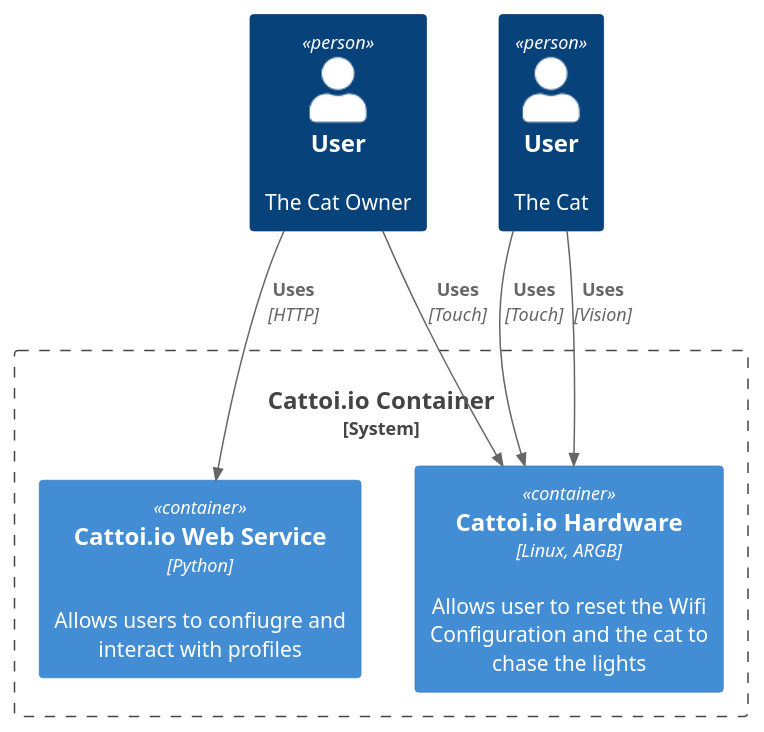
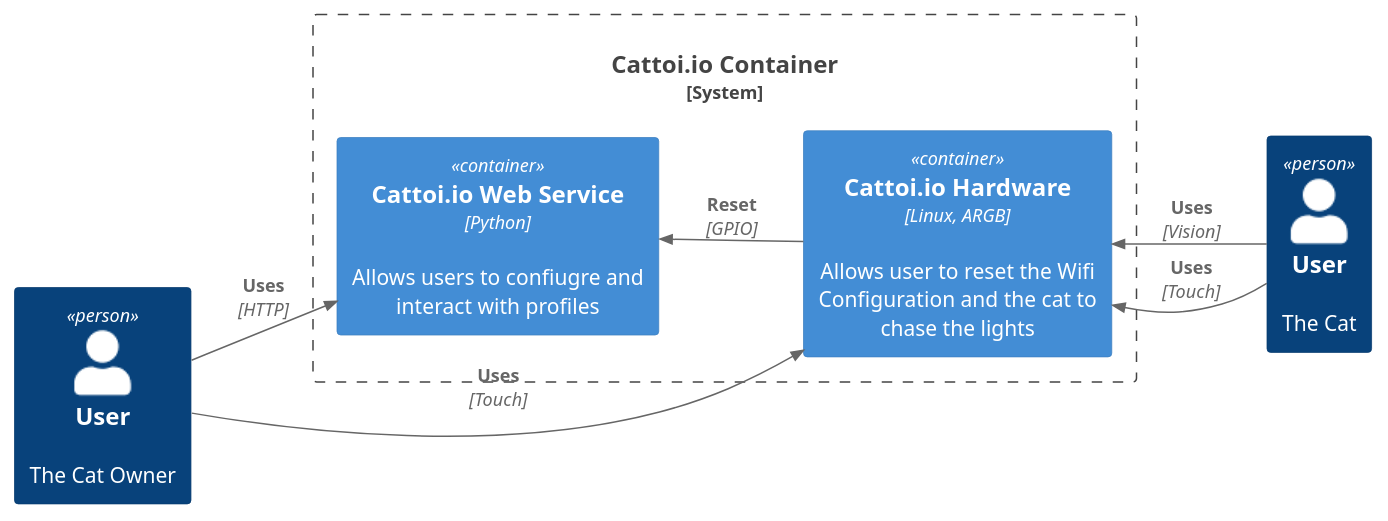
One commit to powellkjr/cattoi.io changed the diagram in L2_cattoi.io.puml. Above: the diagram before and after it, drawn with PlantUML.

Commit message:
Update L2_cattoi.io.puml
fixed layout

```diff
--- a/L2_cattoi.io.puml
+++ b/L2_cattoi.io.puml
@@ -1,17 +1,21 @@
 @startuml L2_cattoiio
 !include https://raw.githubusercontent.com/plantuml-stdlib/C4-PlantUML/master/C4_Container.puml
 
+LAYOUT_LANDSCAPE()
+
 Person(humanAlias, "User", "The Cat Owner")
-Person(catAlias, "User", "The Cat")
 
 System_Boundary(lv2_cattoiioAlias, "Cattoi.io Container", $link="https://github.com/plantuml-stdlib/C4-PlantUML") {
     Container(cattoiio_webservice, "Cattoi.io Web Service", "Python", $descr="Allows users to confiugre and interact with profiles", $link="https://github.com/plantuml-stdlib/C4-PlantUML/blob/master/LayoutOptions.md")
     Container(cattoiio_hardware, "Cattoi.io Hardware", "Linux, ARGB", $descr="Allows user to reset the Wifi Configuration and the cat to chase the lights", $link="https://raw.githubusercontent.com/powellkjr/cattoi.io/main/circutDesign_bb.png")
 }
 
+Person(catAlias, "User", "The Cat")
+
 Rel(humanAlias,cattoiio_webservice, "Uses" , "HTTP")
 Rel(humanAlias,cattoiio_hardware, "Uses" , "Touch")
 
-Rel(catAlias,cattoiio_hardware, "Uses" , "Touch")
+Rel_L(catAlias,cattoiio_hardware, "Uses" , "Touch")
 Rel(catAlias,cattoiio_hardware, "Uses" , "Vision")
+Rel_L(cattoiio_hardware,cattoiio_webservice,"Reset","GPIO")
 @enduml
```
